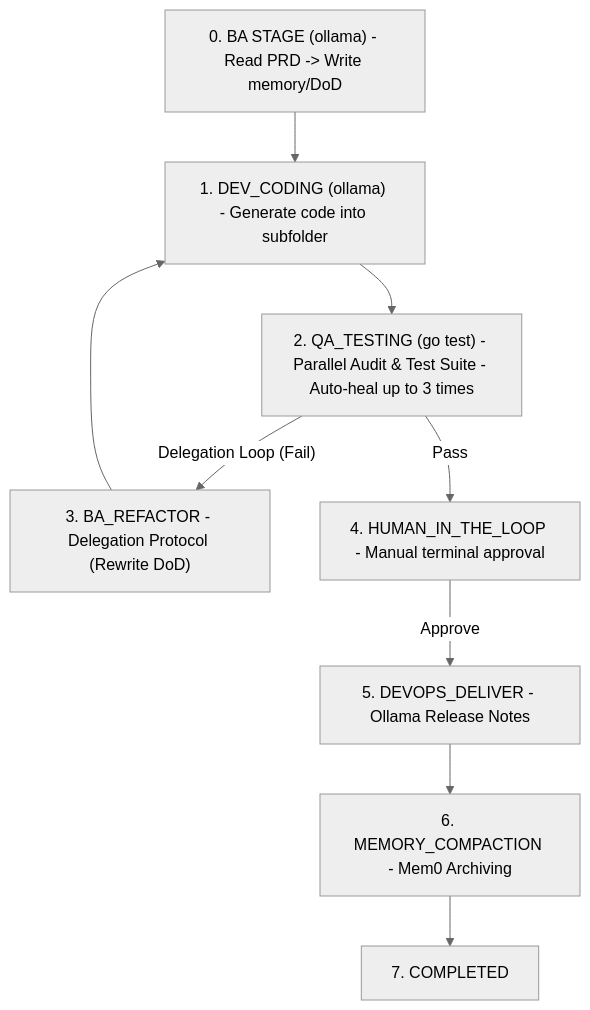
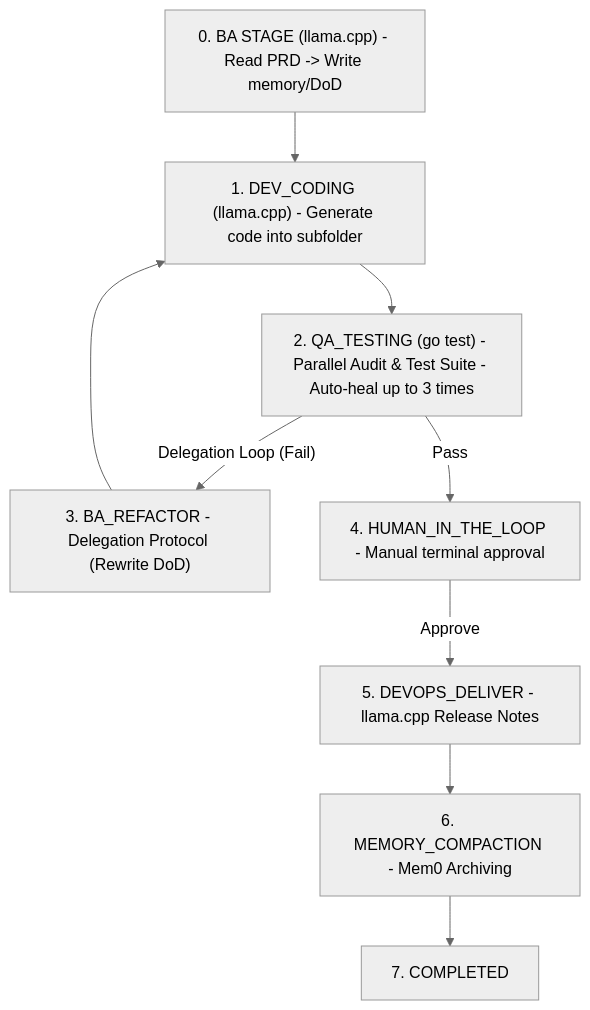
One commit to dothanhlam/harness-engineering changed the diagram in README.md. Above: the diagram before and after it, drawn with Mermaid (neutral theme). The commit also changed other lines of this file and 124 other files, not shown here.

Commit message:
move to llama.cpp

````diff
--- a/README.md
+++ b/README.md
@@ -11,20 +11,20 @@
 ```mermaid
 flowchart TD
-    BA["0. BA STAGE (ollama) - Read PRD -> Write memory/DoD"]
-    DEV["1. DEV_CODING (ollama) - Generate code into subfolder"]
+    BA["0. BA STAGE (llama.cpp) - Read PRD -> Write memory/DoD"]
+    DEV["1. DEV_CODING (llama.cpp) - Generate code into subfolder"]
     QA["2. QA_TESTING (go test) - Parallel Audit & Test Suite - Auto-heal up to 3 times"]
     BA_REF["3. BA_REFACTOR - Delegation Protocol (Rewrite DoD)"]
     HITL["4. HUMAN_IN_THE_LOOP - Manual terminal approval"]
-    DEVOPS["5. DEVOPS_DELIVER - Ollama Release Notes"]
+    DEVOPS["5. DEVOPS_DELIVER - llama.cpp Release Notes"]
     COMPACT["6. MEMORY_COMPACTION - Mem0 Archiving"]
     DONE["7. COMPLETED"]
 
     BA --> DEV
     DEV --> QA
     QA -- "Delegation Loop (Fail)" --> BA_REF
     BA_REF --> DEV
     QA -- "Pass" --> HITL
     HITL -- "Approve" --> DEVOPS
     DEVOPS --> COMPACT
     COMPACT --> DONE
 ```
````
